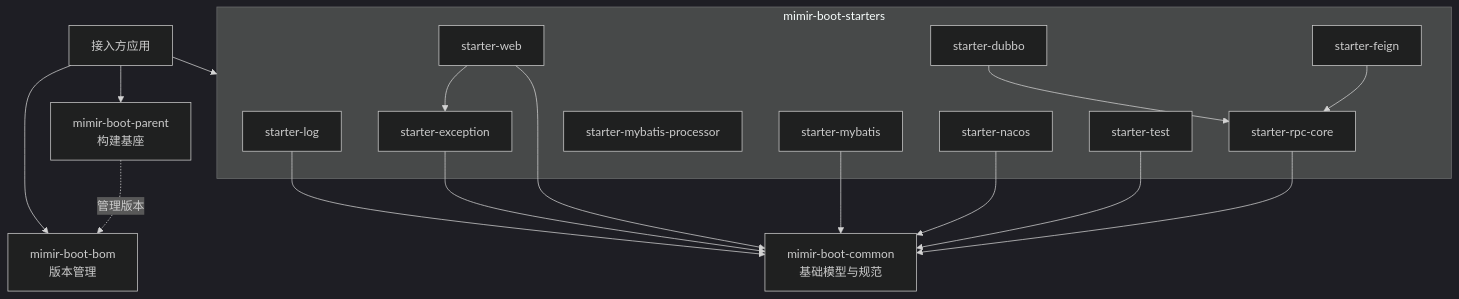
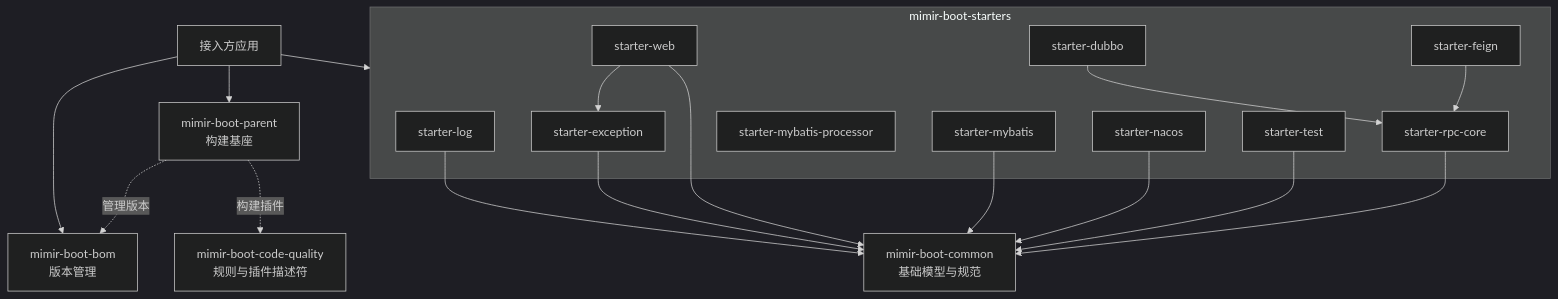
Before and after one commit to Yggdrasil-Labs/mimir-boot: the diagram in ARCHITECTURE.md, drawn with Mermaid (dark theme). The commit also changed other lines of this file and 14 other files, not shown here.

````diff
--- a/ARCHITECTURE.md
+++ b/ARCHITECTURE.md
@@ -39,32 +40,33 @@
 ```mermaid
 graph TD
     App[接入方应用] --> Parent[mimir-boot-parent<br/>构建基座]
     App --> BOM[mimir-boot-bom<br/>版本管理]
     App --> Starters
 
     subgraph Starters[mimir-boot-starters]
         Log[starter-log]
         Exception[starter-exception]
         Web[starter-web]
         MyBatis[starter-mybatis]
         Processor[starter-mybatis-processor]
         Nacos[starter-nacos]
         Test[starter-test]
         RPCCore[starter-rpc-core]
         Dubbo[starter-dubbo]
         Feign[starter-feign]
     end
 
     Log --> Common[mimir-boot-common<br/>基础模型与规范]
     Exception --> Common
     Web --> Common
     Web --> Exception
     MyBatis --> Common
     Nacos --> Common
     Test --> Common
     RPCCore --> Common
     Dubbo --> RPCCore
     Feign --> RPCCore
 
     Parent -.管理版本.-> BOM
+    Parent -.构建插件.-> Quality[mimir-boot-code-quality<br/>规则与插件描述符]
 ```
````
